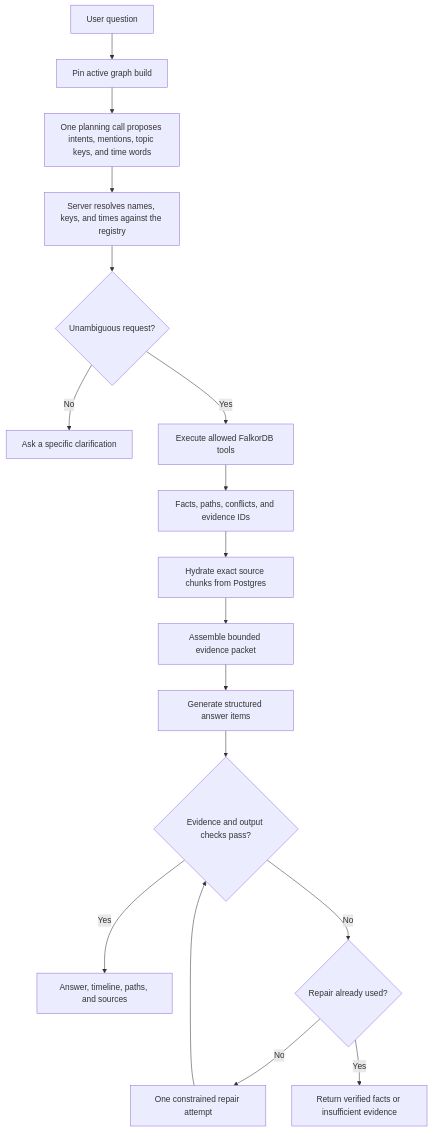
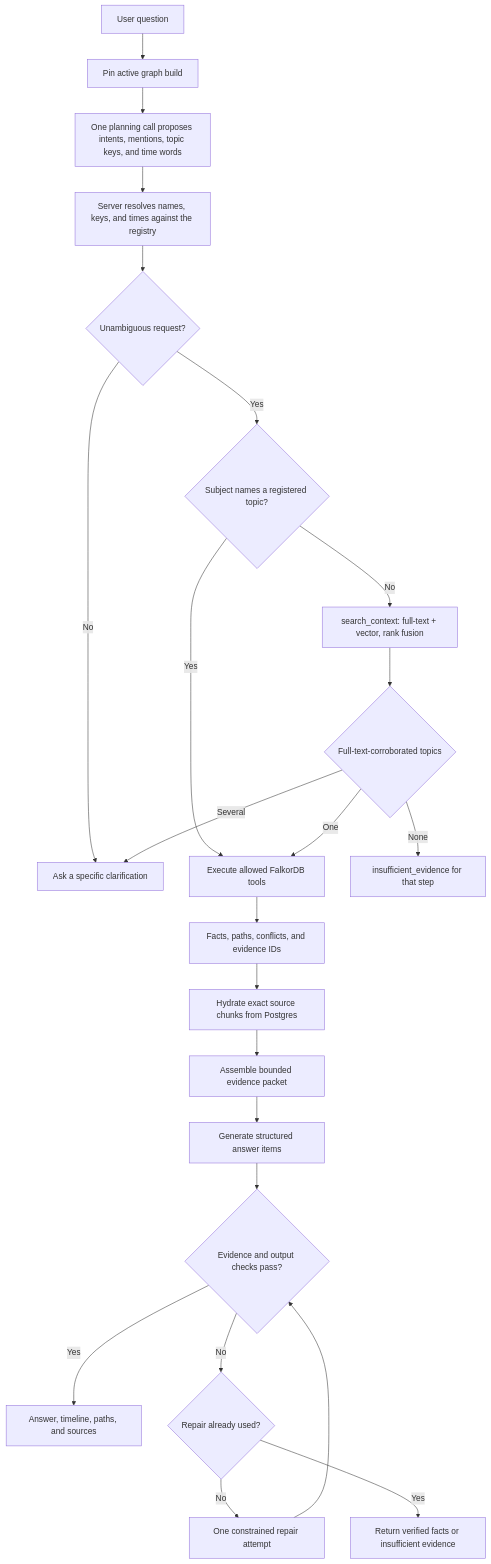
Before and after one commit to ameghcoder/company-brain: the diagram in docs/design-flow/query.md, drawn with Mermaid. The commit also changed other lines of this file and 27 other files, not shown here.

First line of the commit message:
#14 feat: search_context hybrid topic search with lexical check

````diff
--- a/docs/design-flow/query.md
+++ b/docs/design-flow/query.md
@@ -13,19 +14,25 @@
 ```mermaid
 flowchart TD
     A["User question"] --> B["Pin active graph build"]
     B --> C["One planning call proposes intents, mentions, topic keys, and time words"]
     C --> RS["Server resolves names, keys, and times against the registry"]
     RS --> D{"Unambiguous request?"}
     D -->|No| E["Ask a specific clarification"]
-    D -->|Yes| F["Execute allowed FalkorDB tools"]
+    D -->|Yes| S{"Subject names a registered topic?"}
+    S -->|Yes| F["Execute allowed FalkorDB tools"]
+    S -->|No| SC["search_context: full-text + vector, rank fusion"]
+    SC --> ST{"Full-text-corroborated topics"}
+    ST -->|One| F
+    ST -->|Several| E
+    ST -->|None| IE["insufficient_evidence for that step"]
     F --> G["Facts, paths, conflicts, and evidence IDs"]
     G --> H["Hydrate exact source chunks from Postgres"]
     H --> I["Assemble bounded evidence packet"]
     I --> J["Generate structured answer items"]
     J --> K{"Evidence and output checks pass?"}
     K -->|Yes| L["Answer, timeline, paths, and sources"]
     K -->|No| M{"Repair already used?"}
     M -->|No| R["One constrained repair attempt"]
     R --> K
     M -->|Yes| N["Return verified facts or insufficient evidence"]
 ```
````
